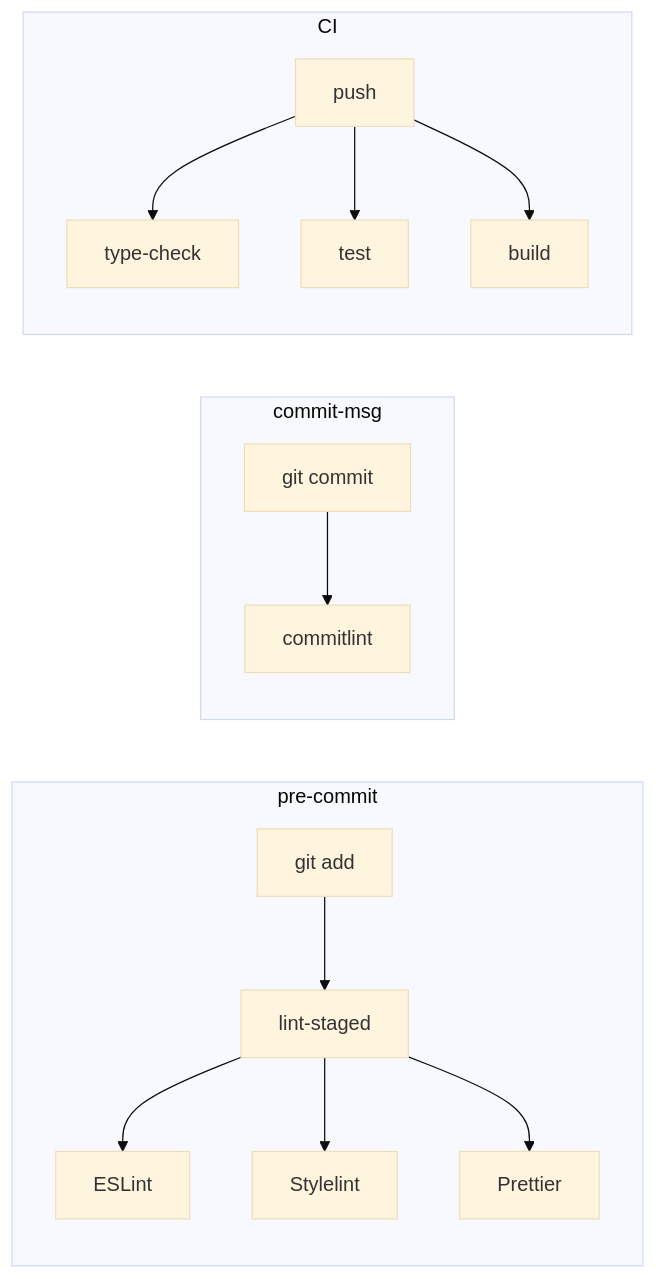
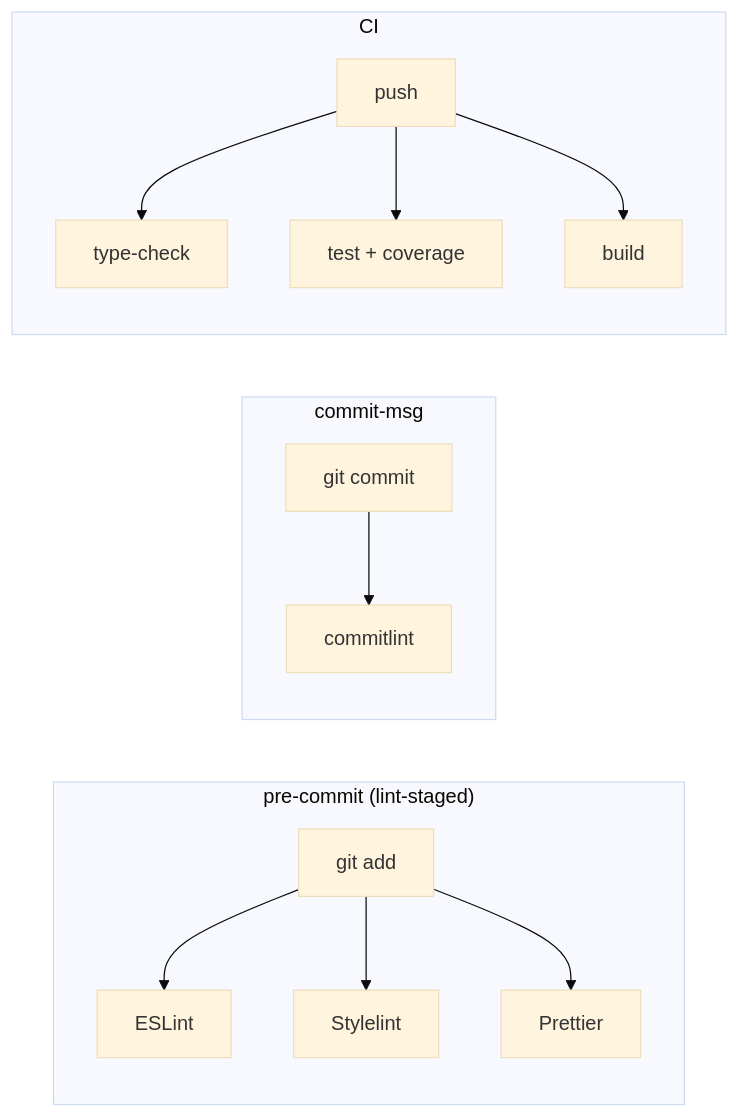
Diagram 15 of 17 in docs/guide/architecture.md (sunweijieMJ/aix), drawn with Mermaid (base theme) before and after one commit. The commit also changed other lines of this file and 39 other files, not shown here.

````diff
--- a/docs/guide/architecture.md
+++ b/docs/guide/architecture.md
@@ -589,19 +684,18 @@
 ```mermaid
 flowchart LR
-    subgraph "pre-commit"
-        A[git add] --> B[lint-staged]
-        B --> C[ESLint]
-        B --> D[Stylelint]
-        B --> E[Prettier]
+    subgraph "pre-commit (lint-staged)"
+        A[git add] --> B[ESLint]
+        A --> C[Stylelint]
+        A --> D[Prettier]
     end
 
     subgraph "commit-msg"
-        F[git commit] --> G[commitlint]
+        E[git commit] --> F[commitlint]
     end
 
     subgraph "CI"
-        H[push] --> I[type-check]
-        H --> J[test]
-        H --> K[build]
+        G[push] --> H[type-check]
+        G --> I[test + coverage]
+        G --> J[build]
     end
 ```
````
